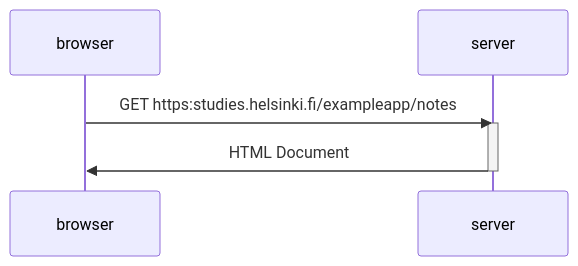
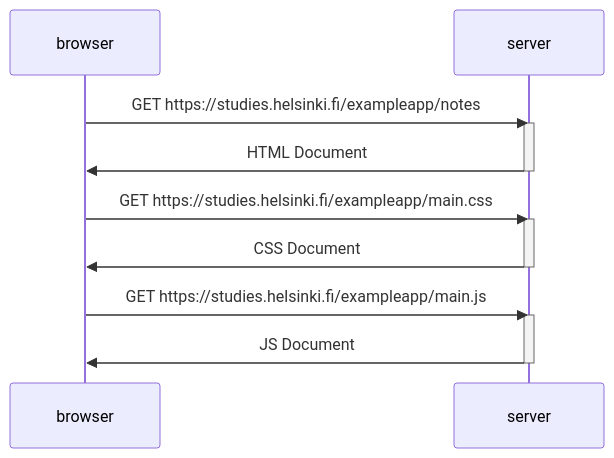
Before and after one commit to lokeyoaki/fullstackopen_0: the diagram in exercise_0.4/diagram.md, drawn with Mermaid.

Commit message:
Add other file requests to diagaram

````diff
--- a/exercise_0.4/diagram.md
+++ b/exercise_0.4/diagram.md
@@ -1,10 +1,21 @@
 ```mermaid
     sequenceDiagram
         participant browser
         participant server
 
-        browser->>server: GET https:studies.helsinki.fi/exampleapp/notes
+        browser->>server: GET https://studies.helsinki.fi/exampleapp/notes
         activate server
         server->>browser: HTML Document
         deactivate server
+
+        browser->>server: GET https://studies.helsinki.fi/exampleapp/main.css
+        activate server
+        server->>browser: CSS Document
+        deactivate server
+
+        browser->>server: GET https://studies.helsinki.fi/exampleapp/main.js
+        activate server
+        server->>browser: JS Document
+        deactivate server
+        
 ```
````
